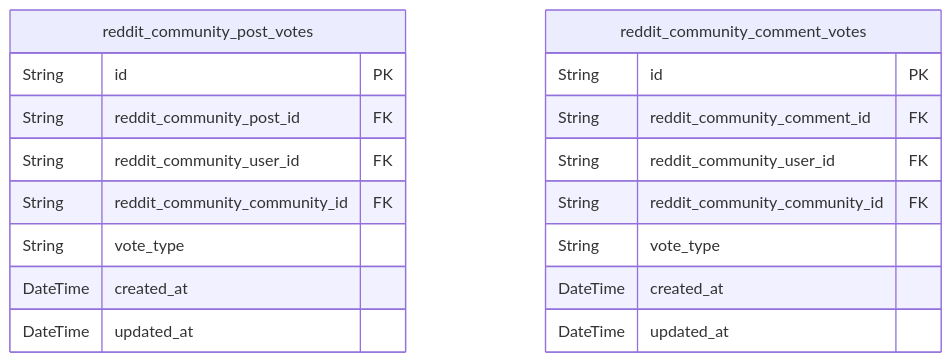
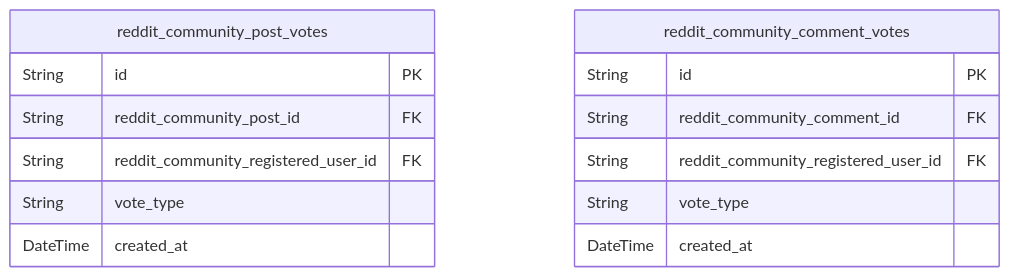
The sixth of 9 diagrams in openai/gpt-4.1-mini/reddit/docs/ERD.md (wrtnlabs/autobe-examples), drawn with Mermaid before and after one commit. The commit also changed other lines of this file and 22498 other files, not shown here.

````diff
--- a/openai/gpt-4.1-mini/reddit/docs/ERD.md
+++ b/openai/gpt-4.1-mini/reddit/docs/ERD.md
@@ -461,21 +471,17 @@
 ```mermaid
 erDiagram
 "reddit_community_post_votes" {
   String id PK
   String reddit_community_post_id FK
-  String reddit_community_user_id FK
-  String reddit_community_community_id FK
+  String reddit_community_registered_user_id FK
   String vote_type
   DateTime created_at
-  DateTime updated_at
 }
 "reddit_community_comment_votes" {
   String id PK
   String reddit_community_comment_id FK
-  String reddit_community_user_id FK
-  String reddit_community_community_id FK
+  String reddit_community_registered_user_id FK
   String vote_type
   DateTime created_at
-  DateTime updated_at
 }
 ```
````
